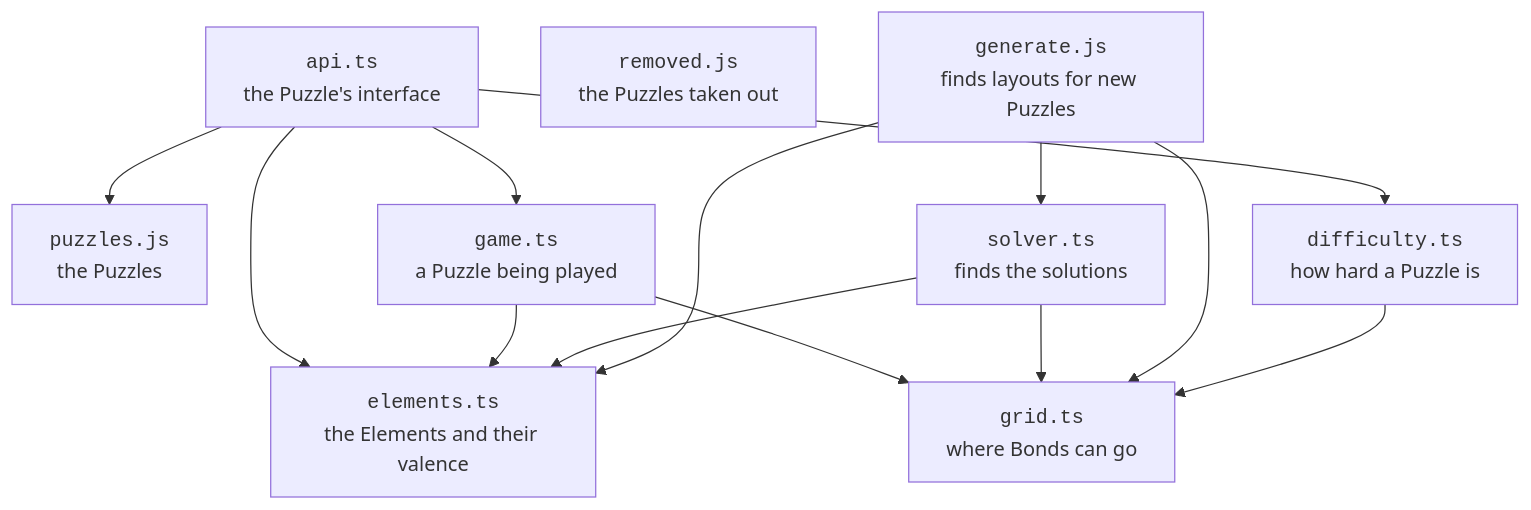
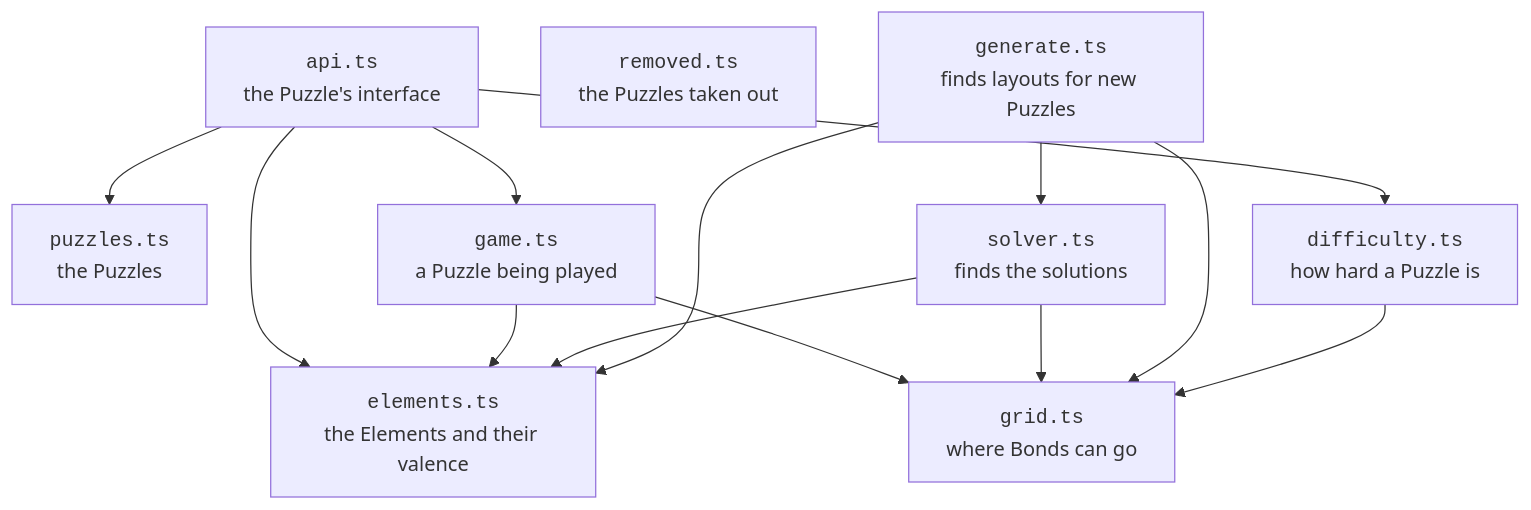
One commit to treetopbottle/molecuzzle changed the second of 2 diagrams in docs/architecture.md. Above: the diagram before and after it, drawn with Mermaid. The commit also changed other lines of this file and 18 other files, not shown here.

````diff
--- a/docs/architecture.md
+++ b/docs/architecture.md
@@ -49,25 +49,25 @@
 ```mermaid
 flowchart TD
   api["<code>api.ts</code><br/>the Puzzle's interface"]
-  puzzles["<code>puzzles.js</code><br/>the Puzzles"]
-  removed["<code>removed.js</code><br/>the Puzzles taken out"]
+  puzzles["<code>puzzles.ts</code><br/>the Puzzles"]
+  removed["<code>removed.ts</code><br/>the Puzzles taken out"]
   game["<code>game.ts</code><br/>a Puzzle being played"]
   solver["<code>solver.ts</code><br/>finds the solutions"]
-  gen["<code>generate.js</code><br/>finds layouts for new Puzzles"]
+  gen["<code>generate.ts</code><br/>finds layouts for new Puzzles"]
   diff["<code>difficulty.ts</code><br/>how hard a Puzzle is"]
   grid["<code>grid.ts</code><br/>where Bonds can go"]
   elements["<code>elements.ts</code><br/>the Elements and their valence"]
 
   api --> puzzles
   api --> game
   api --> elements
   api --> diff
   game --> elements
   game --> grid
   solver --> elements
   solver --> grid
   gen --> grid
   gen --> elements
   gen --> solver
   diff --> grid
 ```
````
